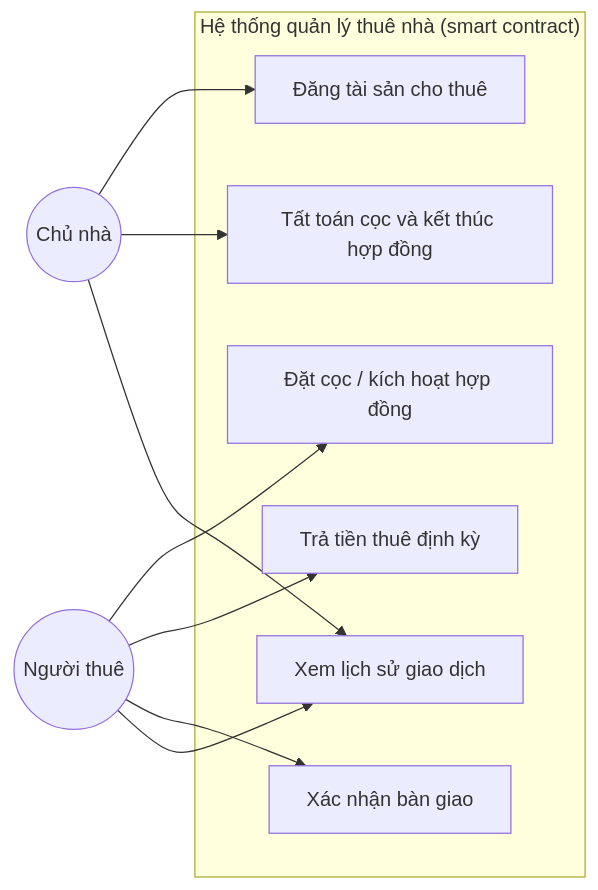
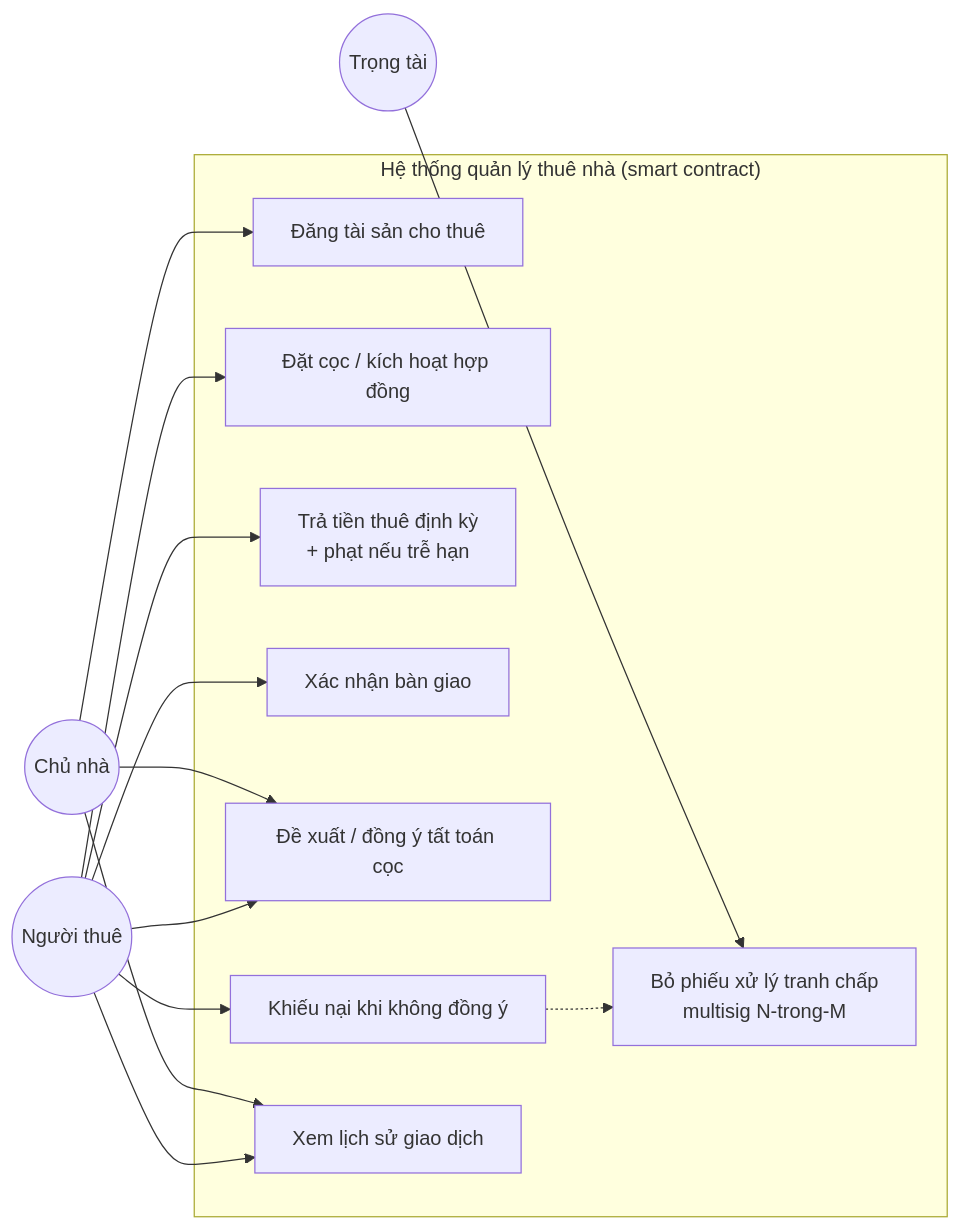
One commit to vinhha195-oss/he-thong-quan-ly-thue-nha-bang-smart-contract changed the first of 5 diagrams in docs/kien-truc-va-usecase.md. Above: the diagram before and after it, drawn with Mermaid. The commit also changed other lines of this file and 39 other files, not shown here.

````diff
--- a/docs/kien-truc-va-usecase.md
+++ b/docs/kien-truc-va-usecase.md
@@ -5,22 +5,29 @@
 ```mermaid
 flowchart LR
     Landlord((Chủ nhà))
     Tenant((Người thuê))
+    Arbiter((Trọng tài))
 
     subgraph RentalManager["Hệ thống quản lý thuê nhà (smart contract)"]
         UC1[Đăng tài sản cho thuê]
         UC2[Đặt cọc / kích hoạt hợp đồng]
-        UC3[Trả tiền thuê định kỳ]
+        UC3[Trả tiền thuê định kỳ\n+ phạt nếu trễ hạn]
         UC4[Xác nhận bàn giao]
-        UC5[Tất toán cọc và kết thúc hợp đồng]
+        UC5[Đề xuất / đồng ý tất toán cọc]
+        UC5b[Khiếu nại khi không đồng ý]
+        UC7[Bỏ phiếu xử lý tranh chấp\nmultisig N-trong-M]
         UC6[Xem lịch sử giao dịch]
     end
 
     Landlord --> UC1
     Landlord --> UC5
     Landlord --> UC6
     Tenant --> UC2
     Tenant --> UC3
     Tenant --> UC4
+    Tenant --> UC5
+    Tenant --> UC5b
     Tenant --> UC6
+    Arbiter --> UC7
+    UC5b -.-> UC7
 ```
````
